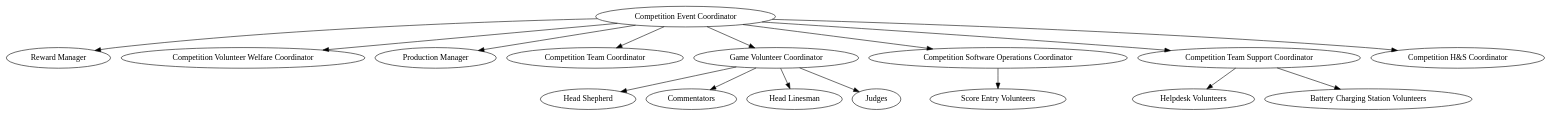
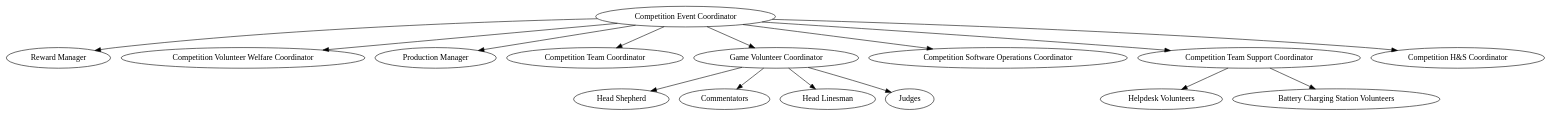
The diagram in org-chart/comp-event.dot (Adimote/legacy-ops-manual), drawn with Graphviz before and after one commit. The commit also changed 1 other file, not shown here.

Commit message:
Remove score entry volunteers from org chart
It is just a responsibility of the Competition Software Operations
Coordinator to ensure that scores are entered. How they do this is up to
them. See #49.

```diff
--- a/org-chart/comp-event.dot
+++ b/org-chart/comp-event.dot
@@ -1,42 +1,35 @@
 digraph {
 	# Competition Coordinator Subordinates
 	comp_event_coord [label="Competition Event Coordinator" email="competition-event@studentrobotics.org"];
 
 	# Competition Event Coordinator Subordinates
 	reward_manager[label="Reward Manager" contactsexclude=true];
 	comp_volunteer_welfare[label="Competition Volunteer Welfare Coordinator" email="competition-welfare@studentrobotics.org"];
 	prod_manager[label="Production Manager" email="production-manager@studentrobotics.org"];
 	comp_team_coord[label="Competition Team Coordinator" email="competition-teams@studentrobotics.org"];
 	comp_game_vol_coord[label="Game Volunteer Coordinator" email="game-volunteers@studentrobotics.org"];
-	comp_sw_ops_coord[label="Competition Software Operations Coordinator" email="competition-software@studentrobotics.org"];
+	comp_sw_ops_coord[label="Competition Software Operations Coordinator" email="competition-software-ops@studentrobotics.org"];
 	comp_team_support_coord[label="Competition Team Support Coordinator" email="competition-team-support@studentrobotics.org"];
 	comp_hs_coord[label="Competition H&S Coordinator" email="competition-health-and-safety@studentrobotics.org"];
 
 	# Competition Team Support Coordinator Subordinates
 	helpdesk_vol[label="Helpdesk Volunteers" contactsexclude=true];
 	battery_charging_vol[label="Battery Charging Station Volunteers" contactsexclude=true];
 
 	# Game Volunteer Coordinator Subordinates
 	head_shepherd[label="Head Shepherd" email="shepherding@studentrobotics.org"];
 	commentators[label="Commentators" email="commentators@studentrobotics.org"];
 	head_linesman[label="Head Linesman" email="linesmen@studentrobotics.org"];
 	judges[label="Judges" email="judge@studentrobotics.org"];
 
-	# Competition Software Operations Coordinator Subordinates
-	score_entry_vol[label="Score Entry Volunteers" contactsexclude=true];
-
 	###### Connections between nodes
 	comp_event_coord -> { reward_manager comp_volunteer_welfare
 	            prod_manager comp_team_coord comp_game_vol_coord
 		comp_sw_ops_coord comp_hs_coord
 		comp_team_support_coord
 		};
 
 	comp_team_support_coord -> { helpdesk_vol battery_charging_vol };
 
 	comp_game_vol_coord -> { head_shepherd commentators head_linesman judges };
-
-	comp_sw_ops_coord -> {
-		score_entry_vol
-	};
 }
```
